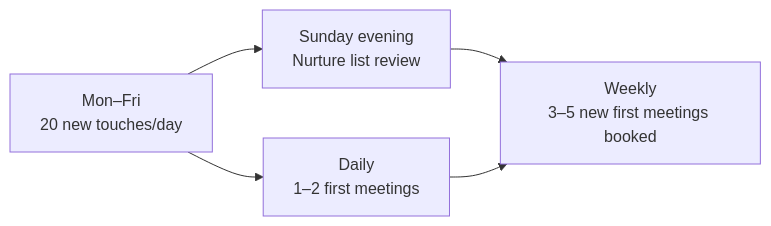
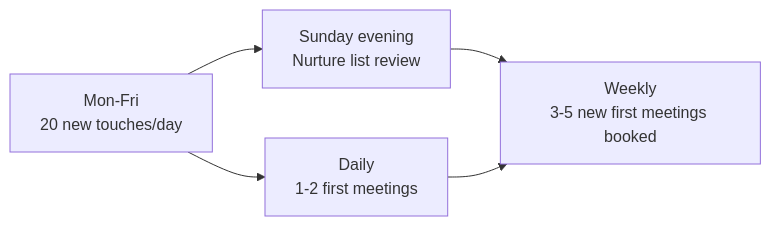
Before and after one commit to leotansingapore/aia-product-compass-hub: the third of 3 diagrams in docs/first-60-days/week-7/day-37.md, drawn with Mermaid. The commit also changed other lines of this file and 75 other files, not shown here.

````diff
--- a/docs/first-60-days/week-7/day-37.md
+++ b/docs/first-60-days/week-7/day-37.md
@@ -318,11 +318,11 @@
 ```mermaid
 flowchart LR
-    A["Mon–Fri<br/>20 new touches/day"]
-    B["Daily<br/>1–2 first meetings"]
+    A["Mon-Fri<br/>20 new touches/day"]
+    B["Daily<br/>1-2 first meetings"]
     C["Sunday evening<br/>Nurture list review"]
-    D["Weekly<br/>3–5 new first meetings booked"]
+    D["Weekly<br/>3-5 new first meetings booked"]
     A --> B
     A --> C
     C --> D
     B --> D
 ```
````
